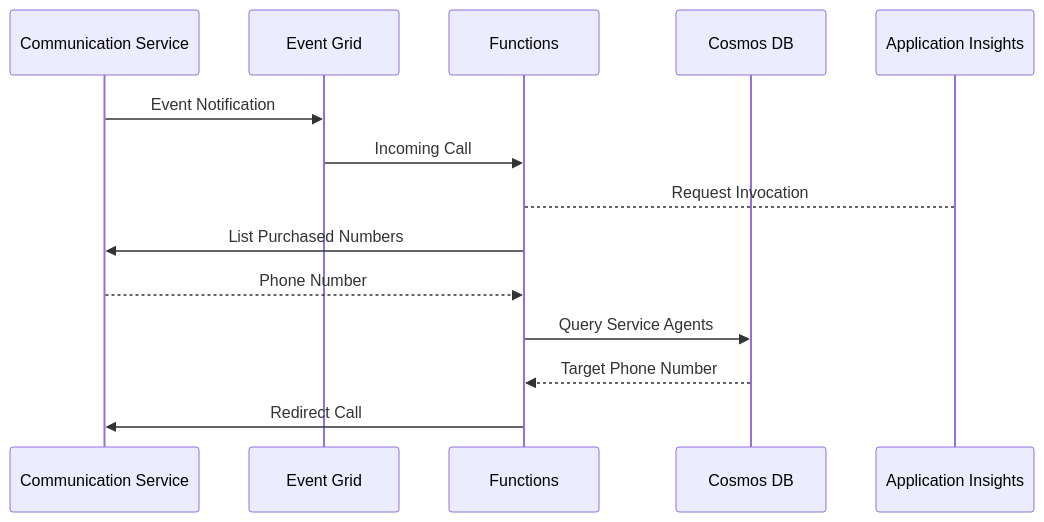
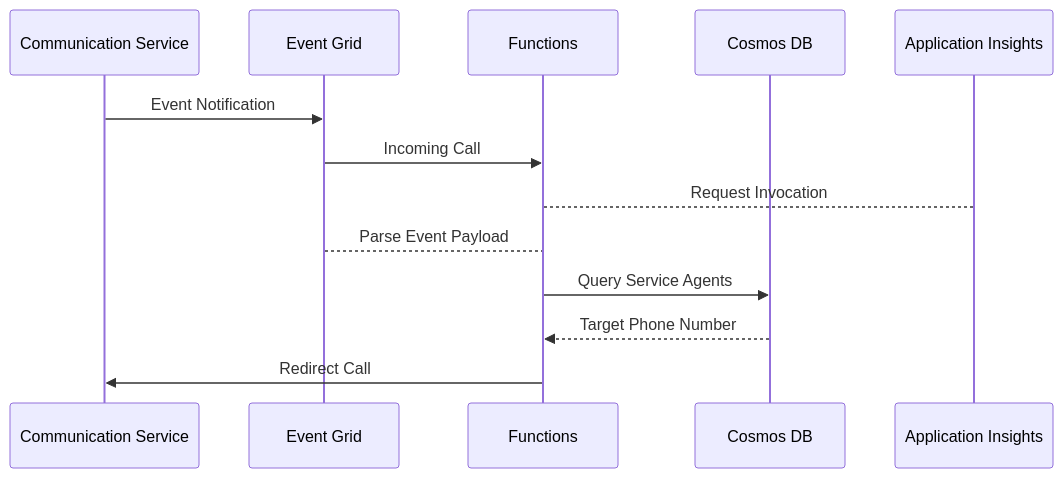
Before and after one commit to ljtill/azure-call-handler: the first of 2 diagrams in README.md, drawn with Mermaid. The commit also changed other lines of this file and 1 other file, not shown here.

````diff
--- a/README.md
+++ b/README.md
@@ -11,22 +17,21 @@
 ```mermaid
 sequenceDiagram
     participant Communication Service
     participant Event Grid
     participant Functions
     participant Cosmos DB
     participant Application Insights
 
     Communication Service->>Event Grid: Event Notification
 
     Event Grid->>Functions: Incoming Call
 
     Functions-->Application Insights: Request Invocation
 
-    Functions->>Communication Service: List Purchased Numbers
-    Communication Service-->>Functions: Phone Number
+    Event Grid-->Functions: Parse Event Payload
 
     Functions->>Cosmos DB: Query Service Agents
     Cosmos DB-->>Functions: Target Phone Number
 
     Functions->>Communication Service: Redirect Call
 ```
````
